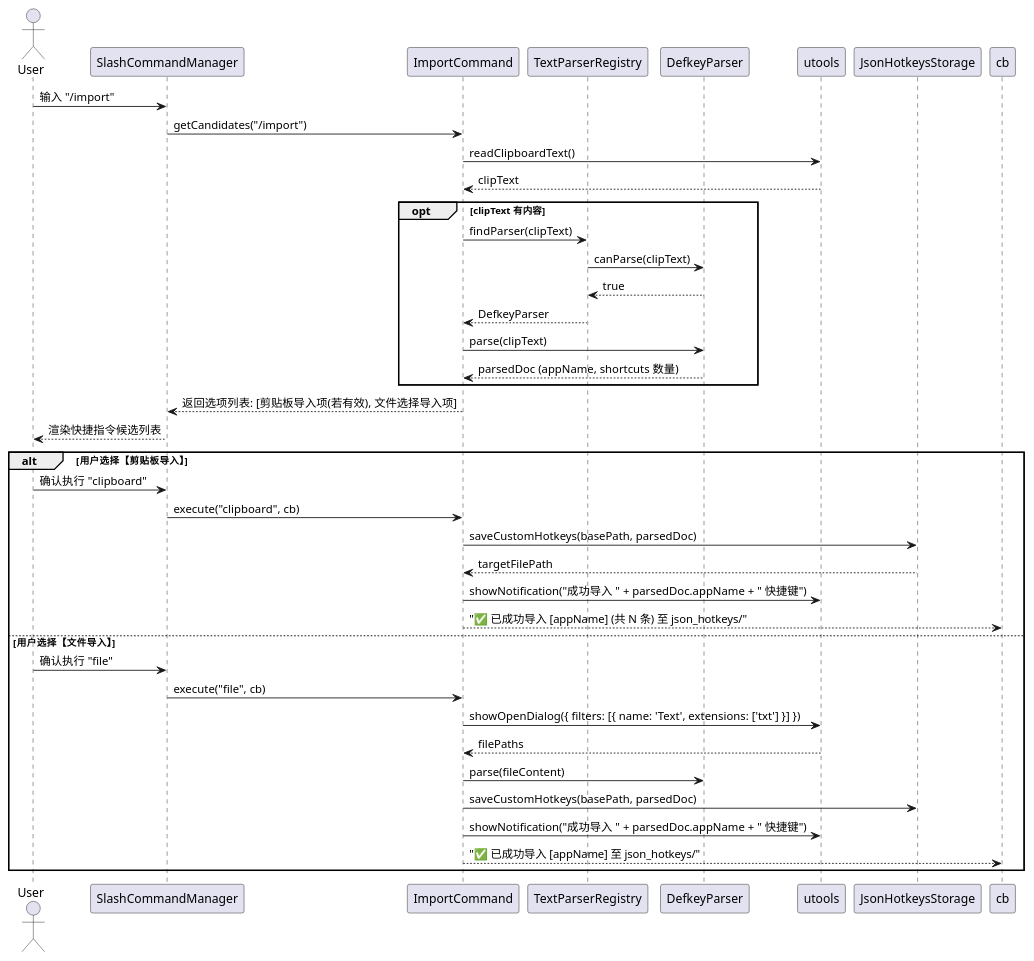
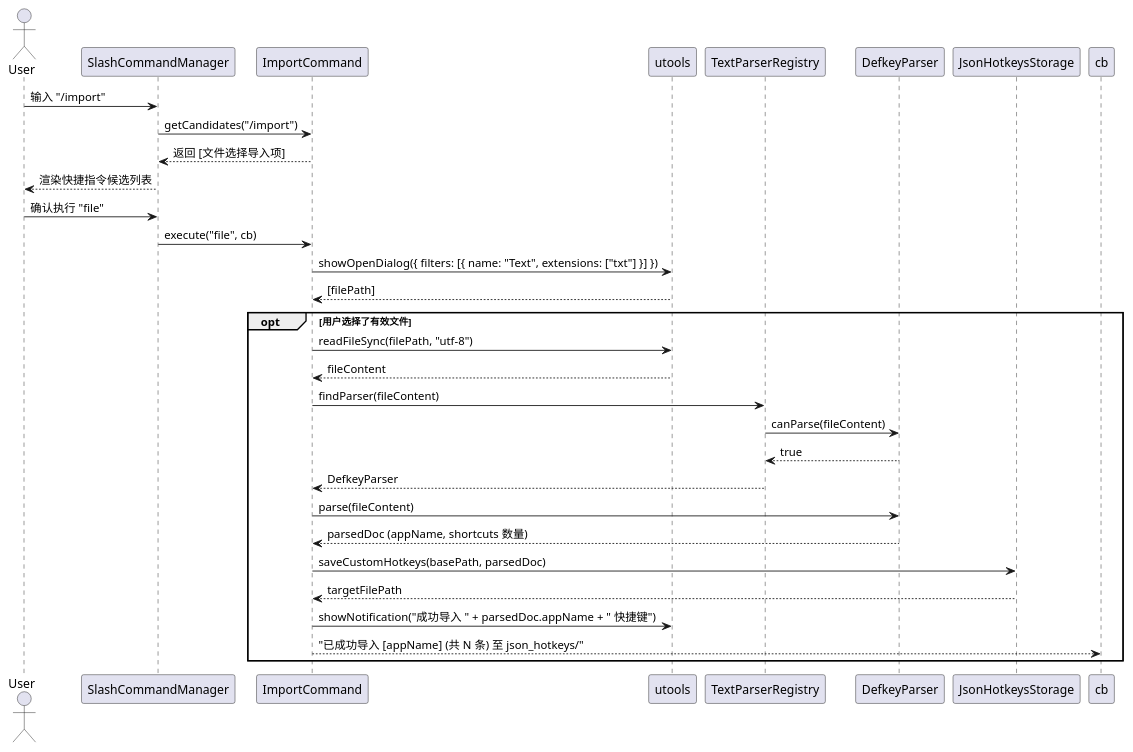
The second of 3 diagrams in docs/spec/archive/spec-00015-support-defkey-shortcuts-import.md (zhougy0717/utools_hotkeys), drawn with PlantUML before and after one commit. The commit also changed other lines of this file and 13 other files, not shown here.

````diff
--- a/docs/spec/archive/spec-00015-support-defkey-shortcuts-import.md
+++ b/docs/spec/archive/spec-00015-support-defkey-shortcuts-import.md
@@ -136,46 +193,36 @@
 ```plantuml
 @startuml
 actor User
 participant SlashCommandManager as SCM
 participant ImportCommand as IC
+participant utools
 participant TextParserRegistry as TPR
 participant DefkeyParser as DP
-participant utools
 participant JsonHotkeysStorage as JHS
 
 User -> SCM : 输入 "/import"
 SCM -> IC : getCandidates("/import")
-IC -> utools : readClipboardText()
-utools --> IC : clipText
+IC --> SCM : 返回 [文件选择导入项]
+SCM --> User : 渲染快捷指令候选列表
 
-opt clipText 有内容
-    IC -> TPR : findParser(clipText)
-    TPR -> DP : canParse(clipText)
+User -> SCM : 确认执行 "file"
+SCM -> IC : execute("file", cb)
+IC -> utools : showOpenDialog({ filters: [{ name: "Text", extensions: ["txt"] }] })
+utools --> IC : [filePath]
+
+opt 用户选择了有效文件
+    IC -> utools : readFileSync(filePath, "utf-8")
+    utools --> IC : fileContent
+    IC -> TPR : findParser(fileContent)
+    TPR -> DP : canParse(fileContent)
     DP --> TPR : true
     TPR --> IC : DefkeyParser
-    IC -> DP : parse(clipText)
+    IC -> DP : parse(fileContent)
     DP --> IC : parsedDoc (appName, shortcuts 数量)
-end
-
-IC --> SCM : 返回选项列表: [剪贴板导入项(若有效), 文件选择导入项]
-SCM --> User : 渲染快捷指令候选列表
-
-alt 用户选择【剪贴板导入】
-    User -> SCM : 确认执行 "clipboard"
-    SCM -> IC : execute("clipboard", cb)
     IC -> JHS : saveCustomHotkeys(basePath, parsedDoc)
     JHS --> IC : targetFilePath
     IC -> utools : showNotification("成功导入 " + parsedDoc.appName + " 快捷键")
-    IC --> cb : "✅ 已成功导入 [appName] (共 N 条) 至 json_hotkeys/"
-else 用户选择【文件导入】
-    User -> SCM : 确认执行 "file"
-    SCM -> IC : execute("file", cb)
-    IC -> utools : showOpenDialog({ filters: [{ name: 'Text', extensions: ['txt'] }] })
-    utools --> IC : filePaths
-    IC -> DP : parse(fileContent)
-    IC -> JHS : saveCustomHotkeys(basePath, parsedDoc)
-    IC -> utools : showNotification("成功导入 " + parsedDoc.appName + " 快捷键")
-    IC --> cb : "✅ 已成功导入 [appName] 至 json_hotkeys/"
+    IC --> cb : "已成功导入 [appName] (共 N 条) 至 json_hotkeys/"
 end
 @enduml
 ```
````
